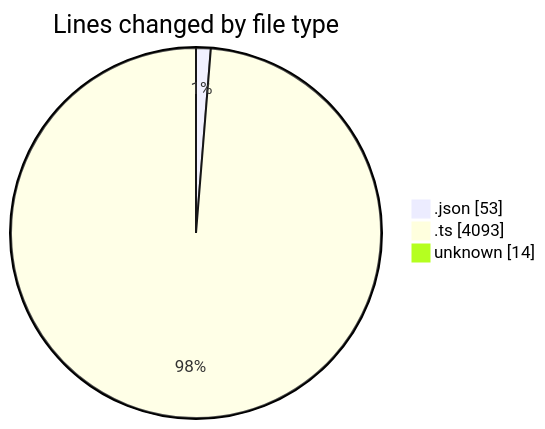
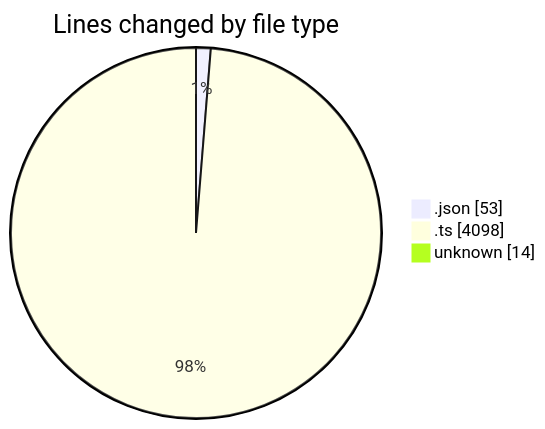
One commit to tmsrecording-cyber/code-tracking changed the first of 2 diagrams in 2026-02-01/singularitybrainai/README.md. Above: the diagram before and after it, drawn with Mermaid. The commit also changed other lines of this file and 1 other file, not shown here.

````diff
--- a/2026-02-01/singularitybrainai/README.md
+++ b/2026-02-01/singularitybrainai/README.md
@@ -24,7 +24,7 @@
 ```mermaid
 pie showData
 title Lines changed by file type
 ".json" : 53
-".ts" : 4093
+".ts" : 4098
 "unknown" : 14
 ```
````
